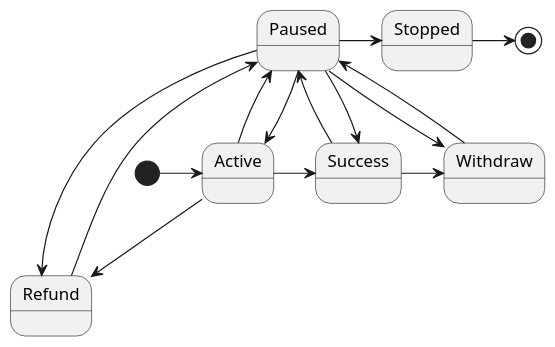
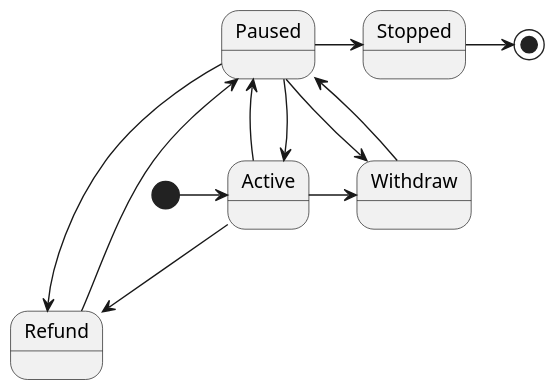
Before and after one commit to DarkDarkZen/carfix: the diagram in uml/money.puml, drawn with PlantUML. The commit also changed 3 other files, not shown here.

```diff
--- a/uml/money.puml
+++ b/uml/money.puml
@@ -1,26 +1,22 @@
 @startuml
 scale 550 width
 
 [*] -> Active
 
 Active -up-> Paused
 Paused -down-> Active
 Active -down-> Refund
 
-Active -> Success
-Success -up-> Paused
-Paused -down-> Success
-
-Success -> Withdraw
+Active -> Withdraw
 
 Withdraw -> Paused
 Paused -> Withdraw
 
 Refund -> Paused
 Paused -> Refund
 
 Paused -> Stopped
 
 Stopped -> [*]
 
 @enduml
```
